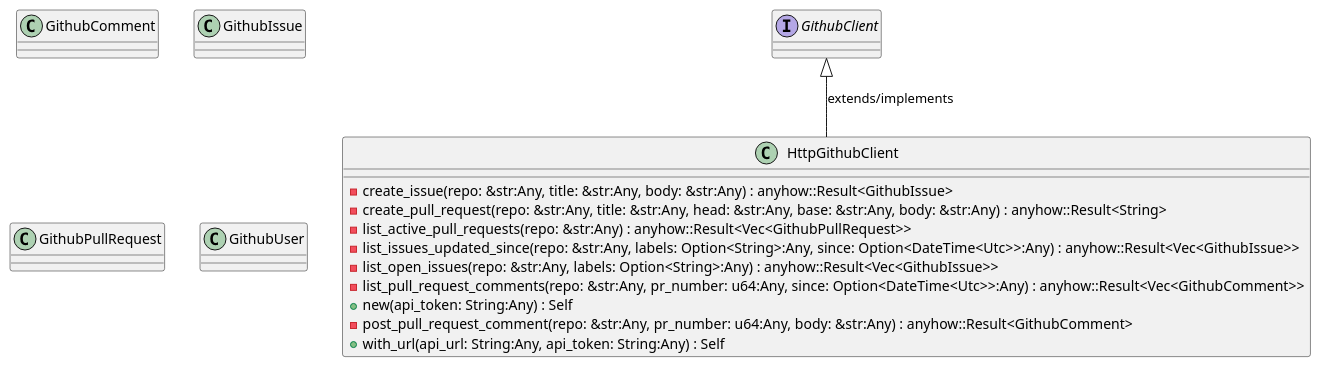
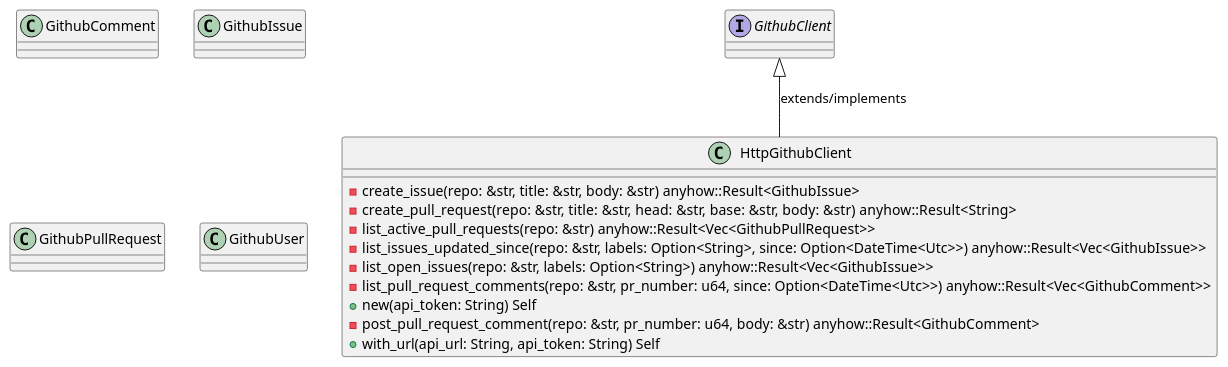
The first of 6 diagrams in openwiki/crates_factory_infrastructure_src_github.md (lgcorzo/rust_CACD_autonomous_factory), drawn with PlantUML before and after one commit. The commit also changed other lines of this file and 97 other files, not shown here.

First line of the commit message:
Fix Rust AST parsing for method and function parameters, and update OKF UML frontmatter

````diff
--- a/openwiki/crates_factory_infrastructure_src_github.md
+++ b/openwiki/crates_factory_infrastructure_src_github.md
@@ -228,27 +233,27 @@
 ```plantuml
 @startuml
 interface GithubClient {
 }
 class GithubComment {
 }
 class GithubIssue {
 }
 class GithubPullRequest {
 }
 class GithubUser {
 }
 class HttpGithubClient {
-    -create_issue(repo: &str:Any, title: &str:Any, body: &str:Any) : anyhow::Result<GithubIssue>
-    -create_pull_request(repo: &str:Any, title: &str:Any, head: &str:Any, base: &str:Any, body: &str:Any) : anyhow::Result<String>
-    -list_active_pull_requests(repo: &str:Any) : anyhow::Result<Vec<GithubPullRequest>>
-    -list_issues_updated_since(repo: &str:Any, labels: Option<String>:Any, since: Option<DateTime<Utc>>:Any) : anyhow::Result<Vec<GithubIssue>>
-    -list_open_issues(repo: &str:Any, labels: Option<String>:Any) : anyhow::Result<Vec<GithubIssue>>
-    -list_pull_request_comments(repo: &str:Any, pr_number: u64:Any, since: Option<DateTime<Utc>>:Any) : anyhow::Result<Vec<GithubComment>>
-    +new(api_token: String:Any) : Self
-    -post_pull_request_comment(repo: &str:Any, pr_number: u64:Any, body: &str:Any) : anyhow::Result<GithubComment>
-    +with_url(api_url: String:Any, api_token: String:Any) : Self
+    -create_issue(repo: &str, title: &str, body: &str) anyhow::Result<GithubIssue>
+    -create_pull_request(repo: &str, title: &str, head: &str, base: &str, body: &str) anyhow::Result<String>
+    -list_active_pull_requests(repo: &str) anyhow::Result<Vec<GithubPullRequest>>
+    -list_issues_updated_since(repo: &str, labels: Option<String>, since: Option<DateTime<Utc>>) anyhow::Result<Vec<GithubIssue>>
+    -list_open_issues(repo: &str, labels: Option<String>) anyhow::Result<Vec<GithubIssue>>
+    -list_pull_request_comments(repo: &str, pr_number: u64, since: Option<DateTime<Utc>>) anyhow::Result<Vec<GithubComment>>
+    +new(api_token: String) Self
+    -post_pull_request_comment(repo: &str, pr_number: u64, body: &str) anyhow::Result<GithubComment>
+    +with_url(api_url: String, api_token: String) Self
 }
 GithubClient <|-- HttpGithubClient : extends/implements
 @enduml
 
 ```
````
